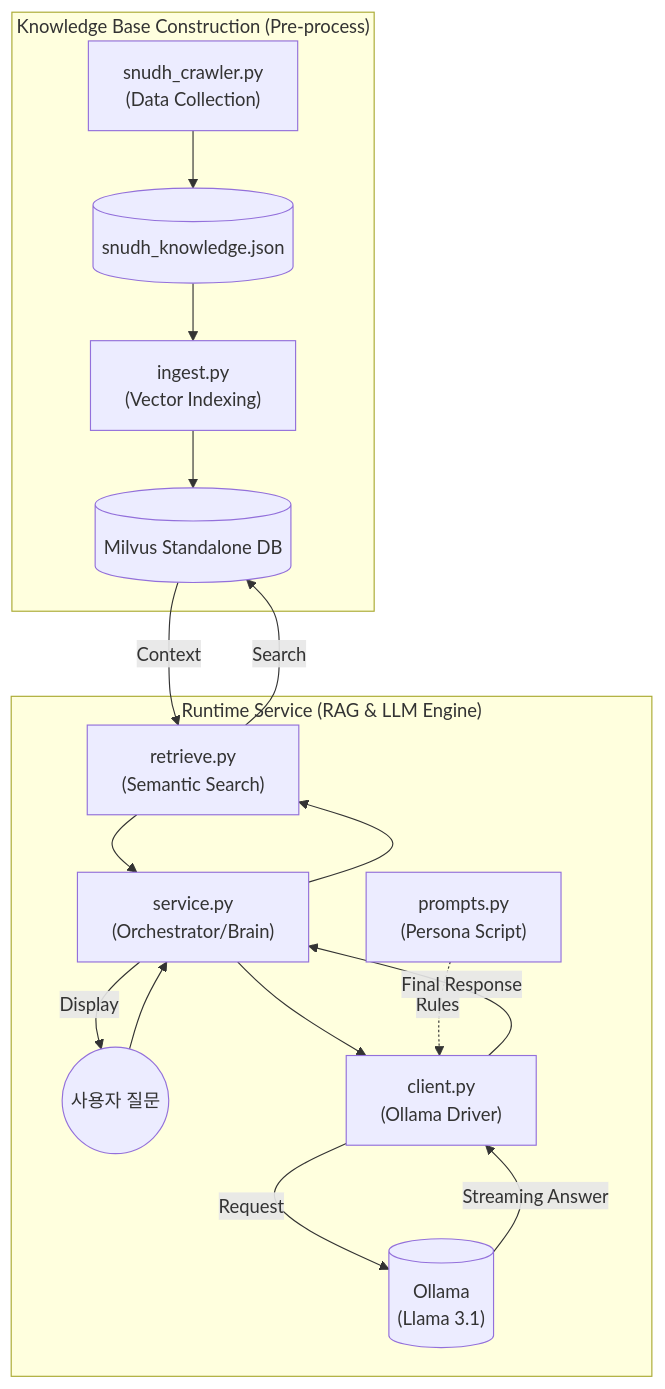
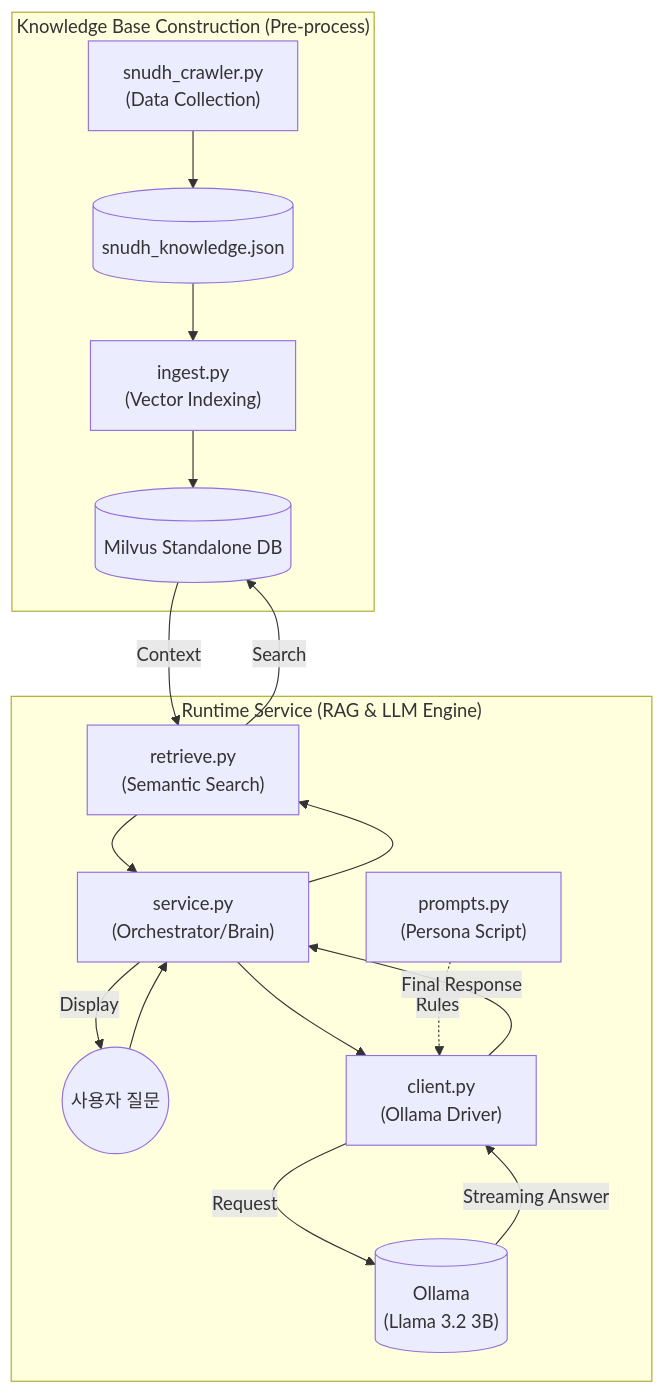
The diagram in ai/DentiCheck_AI_Knowledge_System.md (rkdwlsfyd2/denticheck), drawn with Mermaid before and after one commit. The commit also changed other lines of this file and 6 other files, not shown here.

````diff
--- a/ai/DentiCheck_AI_Knowledge_System.md
+++ b/ai/DentiCheck_AI_Knowledge_System.md
@@ -35,24 +35,24 @@
 ```mermaid
 graph TD
     subgraph "Knowledge Base Construction (Pre-process)"
         CRAWL["snudh_crawler.py<br/>(Data Collection)"] --> JSON[("snudh_knowledge.json")]
         JSON --> INGEST["ingest.py<br/>(Vector Indexing)"]
         INGEST --> DB[("Milvus Standalone DB")]
     end
 
     subgraph "Runtime Service (RAG & LLM Engine)"
         USER((사용자 질문)) --> SERVICE["service.py<br/>(Orchestrator/Brain)"]
         SERVICE --> RETRIEV["retrieve.py<br/>(Semantic Search)"]
         RETRIEV -->|Search| DB
         DB -->|Context| RETRIEV
         RETRIEV --> SERVICE
         
         SERVICE --> CLIENT["client.py<br/>(Ollama Driver)"]
         PROMPT["prompts.py<br/>(Persona Script)"] -.->|Rules| CLIENT
-        CLIENT -->|Request| OLLAMA[("Ollama<br/>(Llama 3.1)")]
+        CLIENT -->|Request| OLLAMA[("Ollama<br/>(Llama 3.2 3B)")]
         OLLAMA -->|Streaming Answer| CLIENT
         CLIENT -->|Final Response| SERVICE
     end
 
     SERVICE -->|Display| USER
 ```
````
